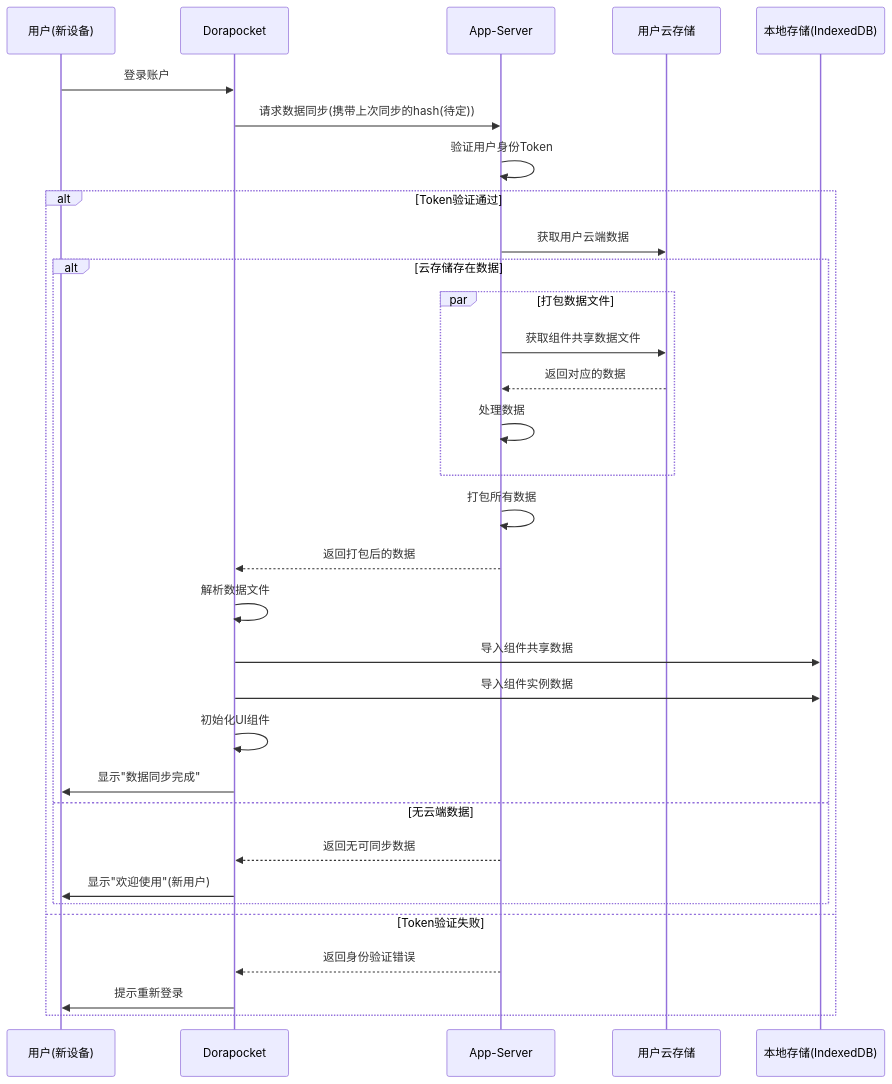
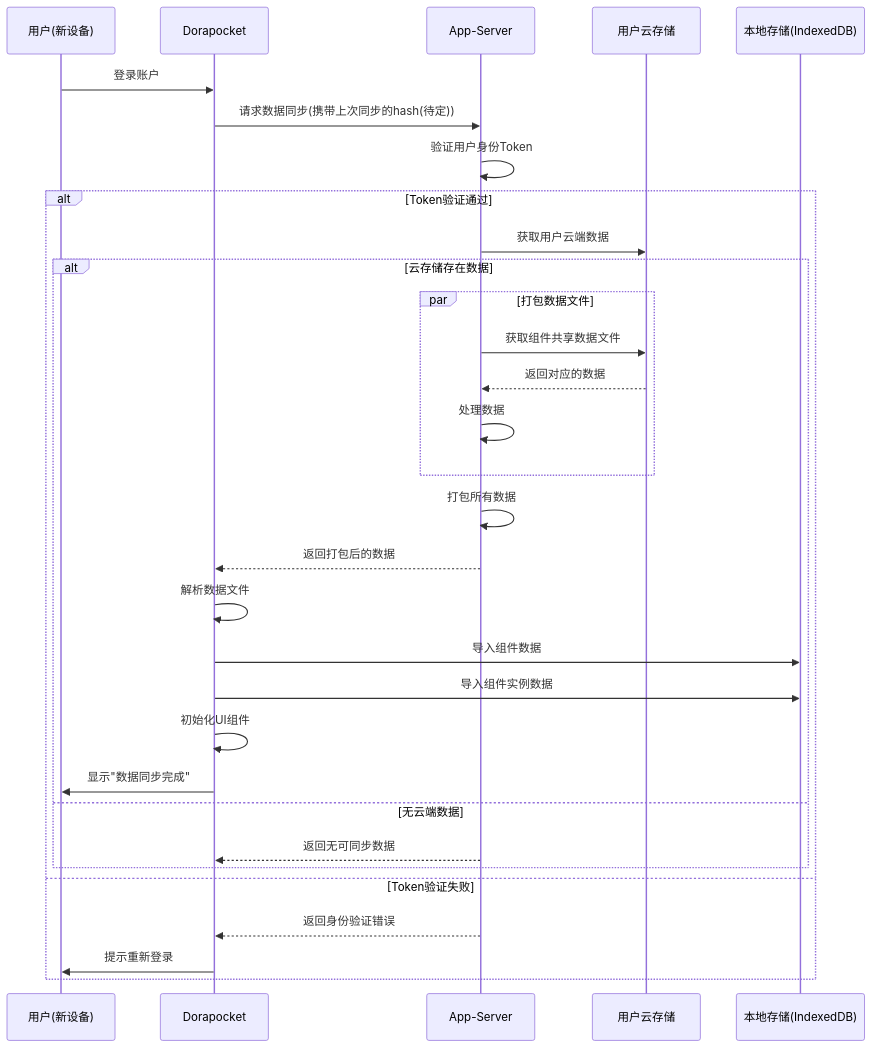
One commit to yingjianzh/iodraw-files changed the diagram in all/未命名-38.md. Above: the diagram before and after it, drawn with Mermaid.

Commit message:
2025-04-21 14:01:52 update

````diff
--- a/all/未命名-38.md
+++ b/all/未命名-38.md
@@ -1,44 +1,44 @@
 ```mermaid
 sequenceDiagram
     participant User as 用户(新设备)
     participant App as Dorapocket
     participant AppServer as App-Server
     participant UserCloud as 用户云存储
     participant LocalDB as 本地存储(IndexedDB)
     
     User->>App: 登录账户
     
     App->>AppServer: 请求数据同步(携带上次同步的hash(待定))
     AppServer->>AppServer: 验证用户身份Token
     
     alt Token验证通过
         AppServer->>UserCloud: 获取用户云端数据
         
         
         alt 云存储存在数据
             par 打包数据文件
                 AppServer->>UserCloud: 获取组件共享数据文件
                 UserCloud-->>AppServer: 返回对应的数据
                 
                 AppServer->>AppServer: 处理数据
             end
             
             AppServer->>AppServer: 打包所有数据
             AppServer-->>App: 返回打包后的数据
             
             App->>App: 解析数据文件
             
-            App->>LocalDB: 导入组件共享数据
+            App->>LocalDB: 导入组件数据
             App->>LocalDB: 导入组件实例数据
             
             App->>App: 初始化UI组件
             App->>User: 显示"数据同步完成"
         else 无云端数据
             AppServer-->>App: 返回无可同步数据
-            App->>User: 显示"欢迎使用"(新用户)
+    
         end
     else Token验证失败
         AppServer-->>App: 返回身份验证错误
         App->>User: 提示重新登录
     end
 ```
````
